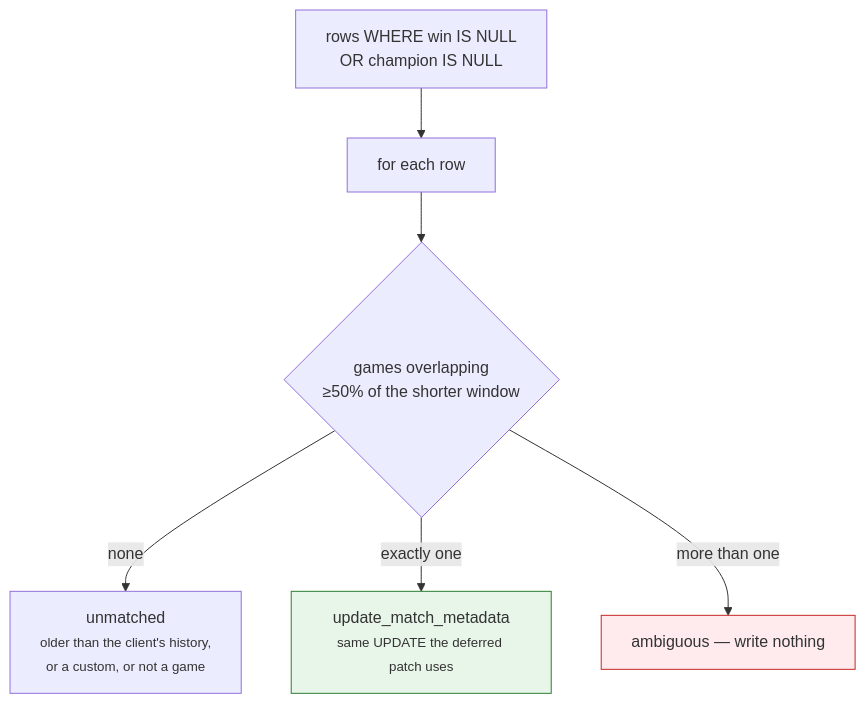
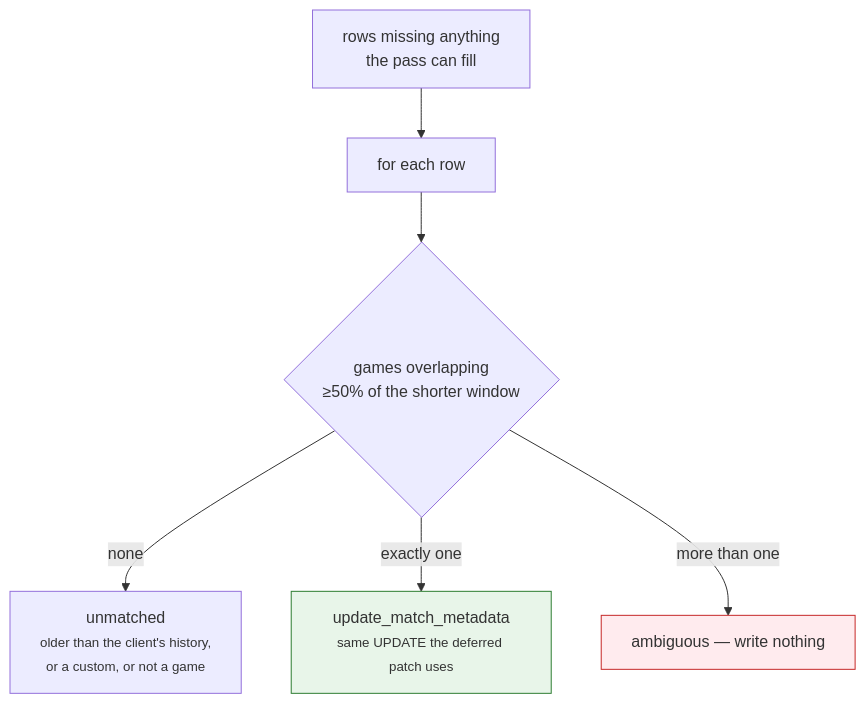
Before and after one commit to NinjaGoldfinch/ninja-recorder: the eighth of 8 diagrams in docs/recording-pipeline.md, drawn with Mermaid. The commit also changed 2 other files, not shown here.

First paragraph of the commit message:
fix(library): make the backfill find rows, and stop the art vanishing
Two bugs behind one screenshot: the backfill button did nothing, and the
champion portraits were gone.

````diff
--- a/docs/recording-pipeline.md
+++ b/docs/recording-pipeline.md
@@ -574,10 +574,10 @@
 ```mermaid
 flowchart TD
-    START["rows WHERE win IS NULL<br/>OR champion IS NULL"] --> EACH[for each row]
+    START["rows missing anything<br/>the pass can fill"] --> EACH[for each row]
     EACH --> OVER{"games overlapping<br/>≥50% of the shorter window"}
     OVER -->|none| SKIP["unmatched<br/><small>older than the client's history,<br/>or a custom, or not a game</small>"]
     OVER -->|exactly one| PATCH["update_match_metadata<br/><small>same UPDATE the deferred patch uses</small>"]
     OVER -->|more than one| REFUSE["ambiguous — write nothing"]
     style REFUSE fill:#ffebee,stroke:#c62828
     style PATCH fill:#e8f5e9,stroke:#2e7d32
 ```
````
